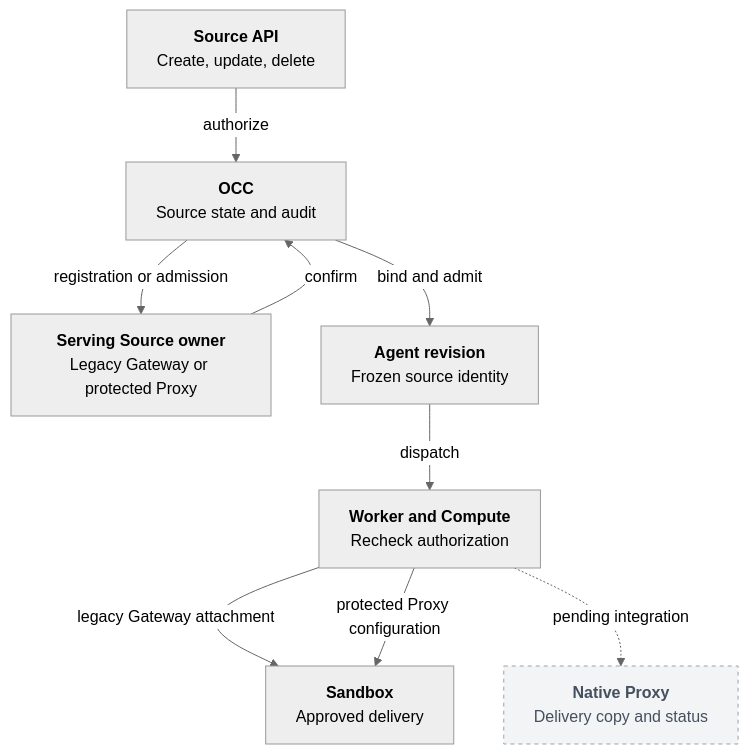
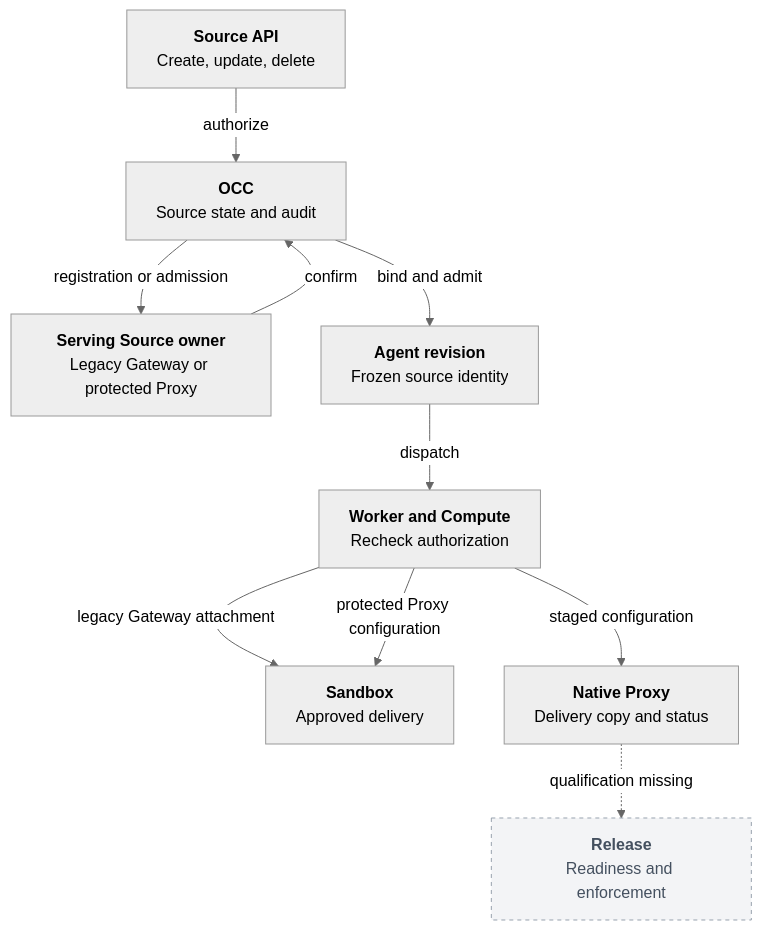
The diagram in docs/flows/credential-source-lifecycle.md (openclaw/openclaw-enterprise), drawn with Mermaid (neutral theme) before and after one commit. The commit also changed other lines of this file and 15 other files, not shown here.

Commit message:
Use selected native credential delivery in staged Agent callers

````diff
--- a/docs/flows/credential-source-lifecycle.md
+++ b/docs/flows/credential-source-lifecycle.md
@@ -23,13 +23,14 @@
 ```mermaid
 graph TD
   API["<b>Source API</b><br/>Create, update, delete"] -->|authorize| OCC["<b>OCC</b><br/>Source state and audit"]
   OCC -->|registration or admission| Owner["<b>Serving Source owner</b><br/>Legacy Gateway or protected Proxy"]
   Owner -->|confirm| OCC
   OCC -->|bind and admit| Revision["<b>Agent revision</b><br/>Frozen source identity"]
   Revision -->|dispatch| Worker["<b>Worker and Compute</b><br/>Recheck authorization"]
   Worker -->|legacy Gateway attachment| Sandbox["<b>Sandbox</b><br/>Approved delivery"]
   Worker -->|protected Proxy configuration| Sandbox
-  Worker -. pending integration .-> Staged["<b>Native Proxy</b><br/>Delivery copy and status"]
+  Worker -->|staged configuration| Staged["<b>Native Proxy</b><br/>Delivery copy and status"]
+  Staged -. qualification missing .-> Ready["<b>Release</b><br/>Readiness and enforcement"]
   classDef pending fill:#F3F4F6,stroke:#98A2AE,color:#44505F,stroke-dasharray:4 4
-  class Staged pending
+  class Ready pending
 ```
````
